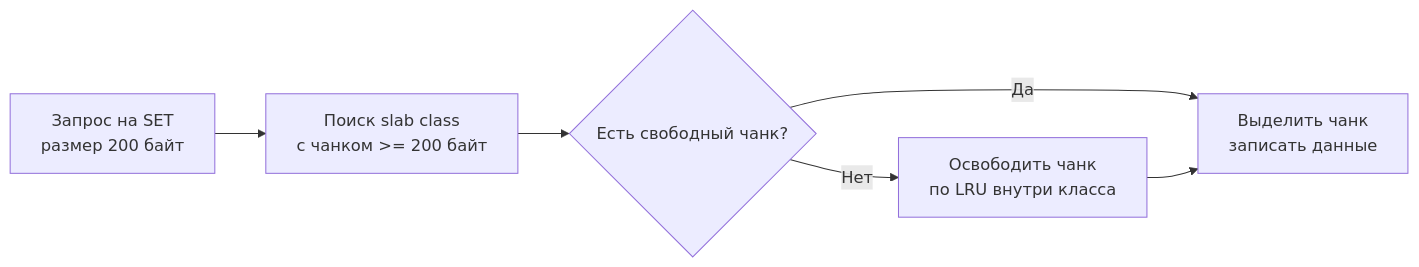
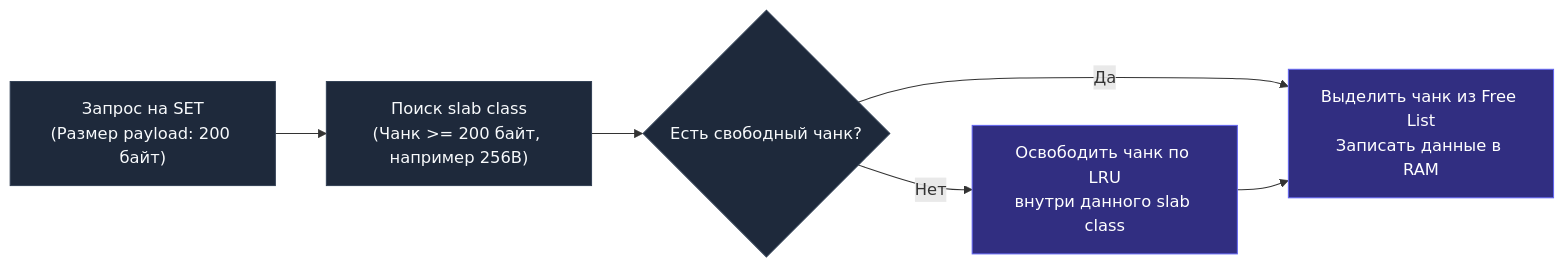
The second of 2 diagrams in sources/12. Базы данных/09. NoSQL базы/5. Memcached.md (UnrealTemplier/go-textbook), drawn with Mermaid before and after one commit. The commit also changed other lines of this file, not shown here.

````diff
--- a/sources/12. Базы данных/09. NoSQL базы/5. Memcached.md
+++ b/sources/12. Базы данных/09. NoSQL базы/5. Memcached.md
@@ -50,8 +63,12 @@
 ```mermaid
 flowchart LR
-    A["Запрос на SET<br>размер 200 байт"] --> B["Поиск slab class<br>с чанком >= 200 байт"]
+    A["Запрос на SET<br>(Размер payload: 200 байт)"] --> B["Поиск slab class<br>(Чанк >= 200 байт, например 256B)"]
     B --> C{"Есть свободный чанк?"}
-    C -- "Да" --> D["Выделить чанк<br>записать данные"]
-    C -- "Нет" --> E["Освободить чанк<br>по LRU внутри класса"]
+    C -- "Да" --> D["Выделить чанк из Free List<br>Записать данные в RAM"]
+    C -- "Нет" --> E["Освободить чанк по LRU<br>внутри данного slab class"]
     E --> D
+
+    classDef default fill:#1e293b,stroke:#334155,color:#f8fafc;
+    classDef action fill:#312e81,stroke:#6366f1,color:#ffffff;
+    class D,E action;
 ```
````
